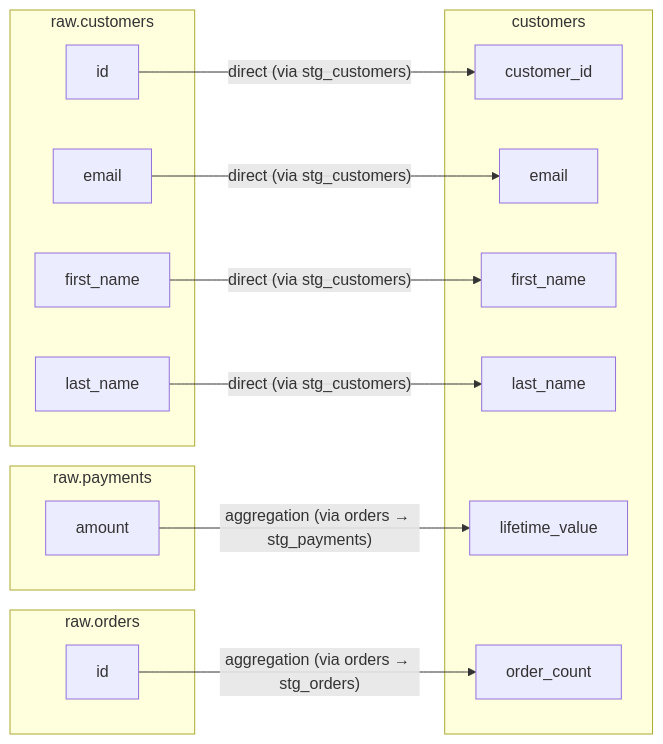
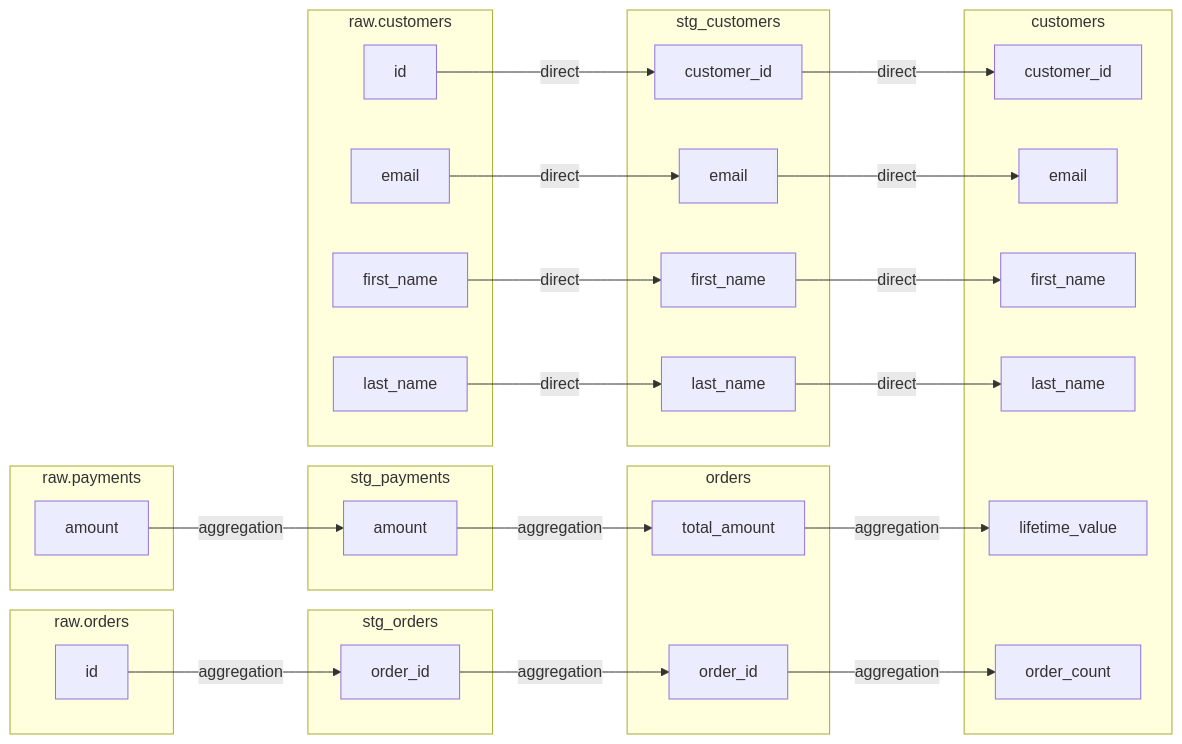
One commit to eitsupi/dlin changed the fourth of 5 diagrams in README.md. Above: the diagram before and after it, drawn with Mermaid. The commit also changed other lines of this file and 6 other files, not shown here.

First line of the commit message:
feat(column-lineage): show intermediate model columns in cross-model lineage graphs

````diff
--- a/README.md
+++ b/README.md
@@ -269,30 +269,54 @@
 ```mermaid
 flowchart LR
   subgraph sg0["customers"]
     n0_0["customer_id"]
     n0_1["email"]
     n0_2["first_name"]
     n0_3["last_name"]
     n0_4["lifetime_value"]
     n0_5["order_count"]
   end
-  subgraph sg1["raw.customers"]
-    n1_0["email"]
-    n1_1["first_name"]
-    n1_2["id"]
-    n1_3["last_name"]
+  subgraph sg1["orders"]
+    n1_0["order_id"]
+    n1_1["total_amount"]
   end
-  subgraph sg2["raw.orders"]
-    n2_0["id"]
+  subgraph sg2["raw.customers"]
+    n2_0["email"]
+    n2_1["first_name"]
+    n2_2["id"]
+    n2_3["last_name"]
   end
-  subgraph sg3["raw.payments"]
-    n3_0["amount"]
+  subgraph sg3["raw.orders"]
+    n3_0["id"]
+  end
+  subgraph sg4["raw.payments"]
+    n4_0["amount"]
+  end
+  subgraph sg5["stg_customers"]
+    n5_0["customer_id"]
+    n5_1["email"]
+    n5_2["first_name"]
+    n5_3["last_name"]
+  end
+  subgraph sg6["stg_orders"]
+    n6_0["order_id"]
+  end
+  subgraph sg7["stg_payments"]
+    n7_0["amount"]
   end
 
-  n1_2 -->|"direct (via stg_customers)"|n0_0
-  n1_0 -->|"direct (via stg_customers)"|n0_1
-  n1_1 -->|"direct (via stg_customers)"|n0_2
-  n1_3 -->|"direct (via stg_customers)"|n0_3
-  n3_0 -->|"aggregation (via orders → stg_payments)"|n0_4
-  n2_0 -->|"aggregation (via orders → stg_orders)"|n0_5
+  n2_2 -->|"direct"|n5_0
+  n5_0 -->|"direct"|n0_0
+  n2_0 -->|"direct"|n5_1
+  n5_1 -->|"direct"|n0_1
+  n2_1 -->|"direct"|n5_2
+  n5_2 -->|"direct"|n0_2
+  n2_3 -->|"direct"|n5_3
+  n5_3 -->|"direct"|n0_3
+  n4_0 -->|"aggregation"|n7_0
+  n7_0 -->|"aggregation"|n1_1
+  n1_1 -->|"aggregation"|n0_4
+  n3_0 -->|"aggregation"|n6_0
+  n6_0 -->|"aggregation"|n1_0
+  n1_0 -->|"aggregation"|n0_5
 ```
````
